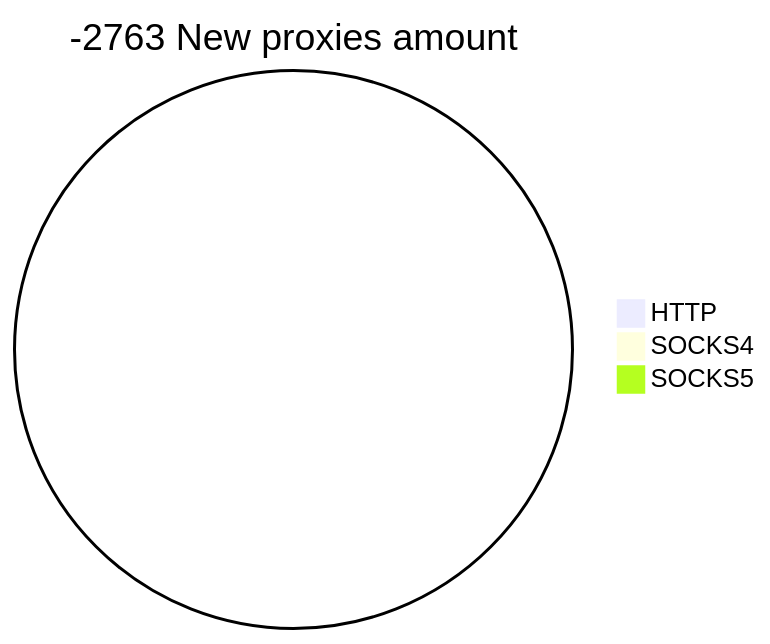
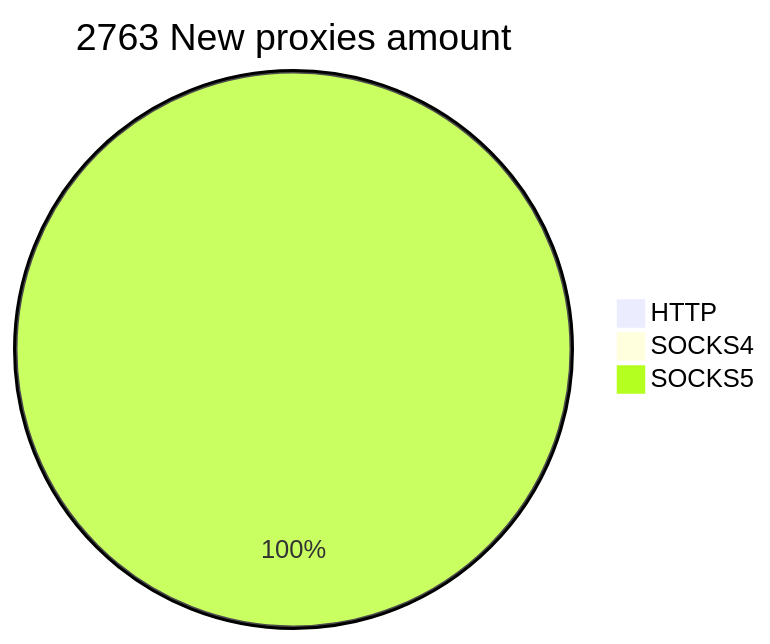
The second of 2 diagrams in README.md (cutipu/proxylist), drawn with Mermaid before and after one commit. The commit also changed other lines of this file, not shown here.

````diff
--- a/README.md
+++ b/README.md
@@ -10,6 +10,6 @@
 ```mermaid
-pie title -2763 New proxies amount
+pie title 2763 New proxies amount
     "HTTP" : 0
     "SOCKS4" : 0
-    "SOCKS5" : 0
+    "SOCKS5" : 2763
 ```
````
